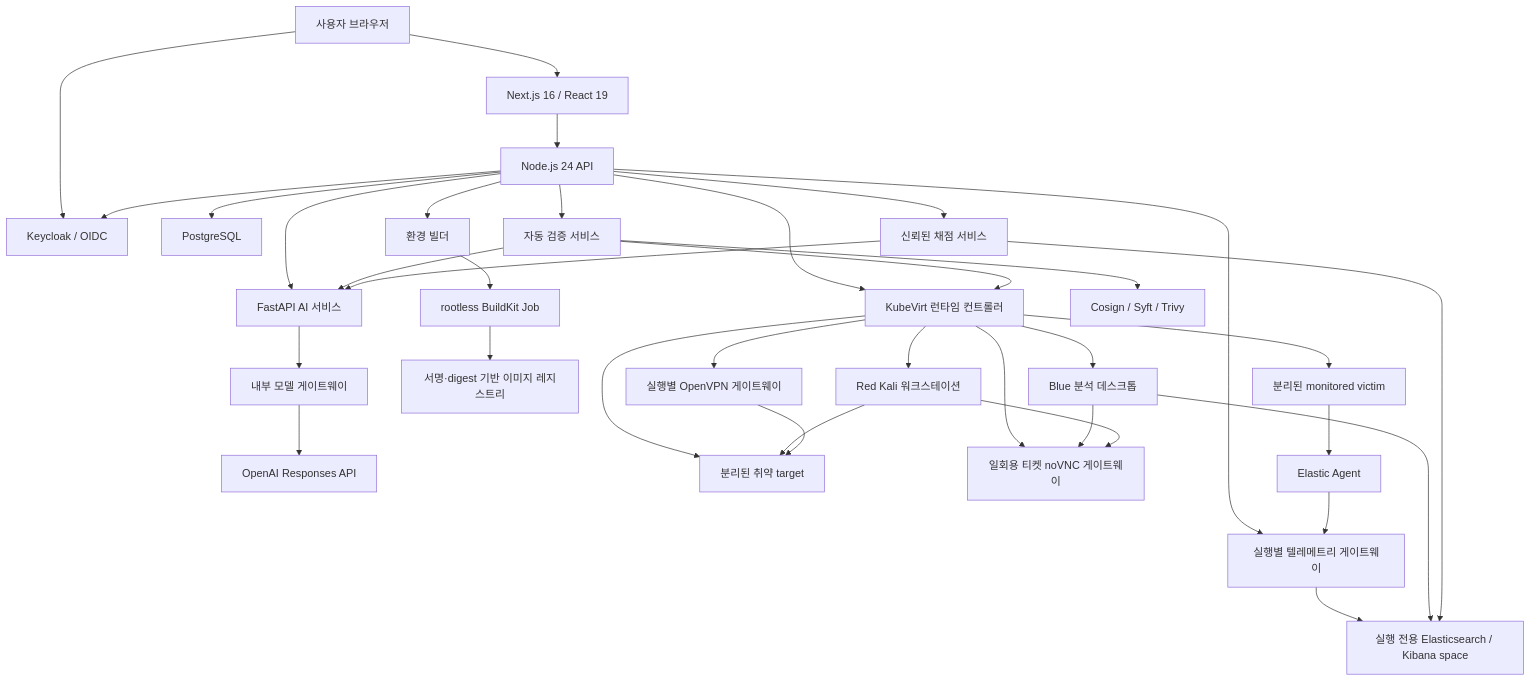
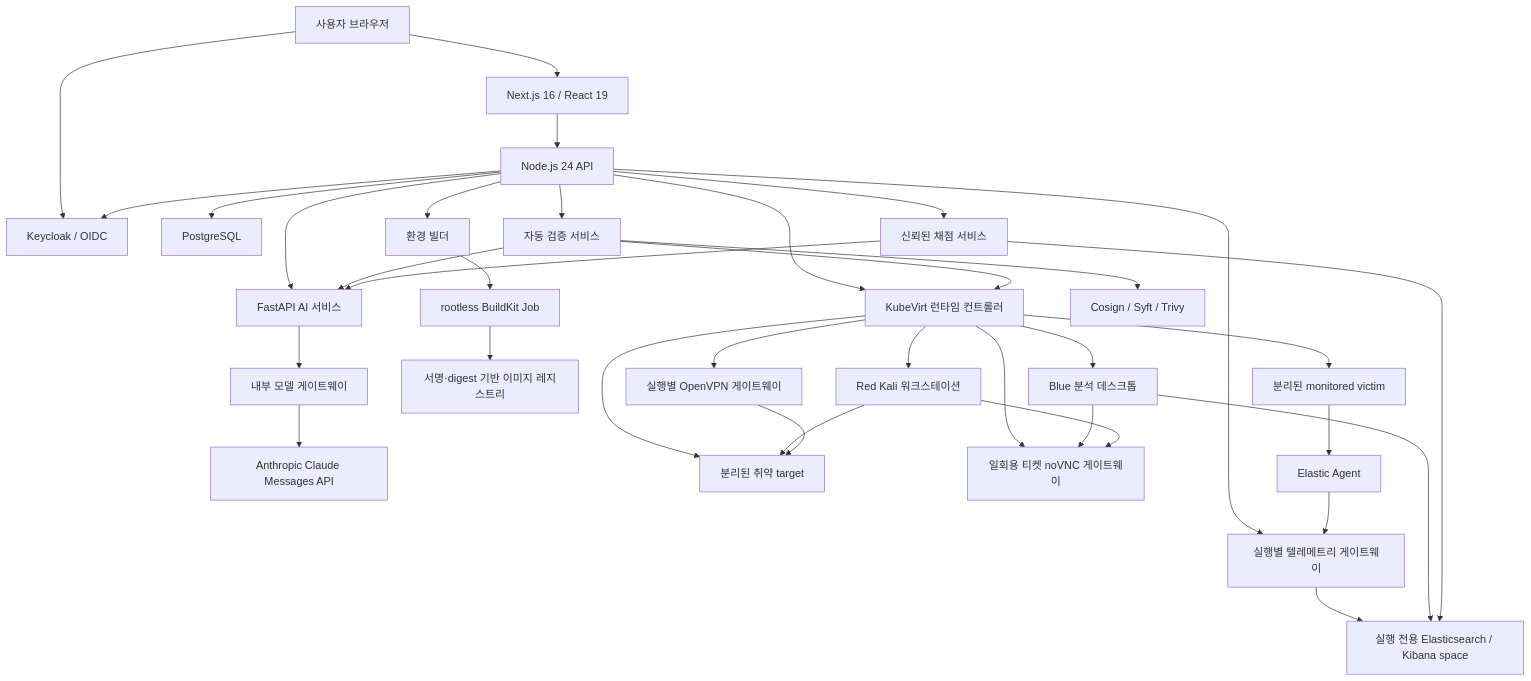
The first of 3 diagrams in docs/architecture.md (ijuns/zerotop), drawn with Mermaid before and after one commit. The commit also changed other lines of this file and 26 other files, not shown here.

Commit message:
Use Claude exclusively for model generation

````diff
--- a/docs/architecture.md
+++ b/docs/architecture.md
@@ -5,39 +5,39 @@
 ```mermaid
 flowchart TB
     Browser["사용자 브라우저"] --> Web["Next.js 16 / React 19"]
     Web --> API["Node.js 24 API"]
     Browser --> IdP["Keycloak / OIDC"]
     API --> IdP
     API --> DB["PostgreSQL"]
     API --> AI["FastAPI AI 서비스"]
     AI --> ModelGateway["내부 모델 게이트웨이"]
-    ModelGateway --> OpenAI["OpenAI Responses API"]
+    ModelGateway --> Claude["Anthropic Claude Messages API"]
     API --> Builder["환경 빌더"]
     API --> Validator["자동 검증 서비스"]
     API --> Runtime["KubeVirt 런타임 컨트롤러"]
     API --> Telemetry["실행별 텔레메트리 게이트웨이"]
     API --> Grader["신뢰된 채점 서비스"]
 
     Builder --> BuildKit["rootless BuildKit Job"]
     BuildKit --> Registry["서명·digest 기반 이미지 레지스트리"]
     Validator --> Supply["Cosign / Syft / Trivy"]
     Validator --> Runtime
     Validator --> AI
 
     Runtime --> BlueDesktop["Blue 분석 데스크톱"]
     Runtime --> Victim["분리된 monitored victim"]
     Runtime --> RedKali["Red Kali 워크스테이션"]
     Runtime --> Target["분리된 취약 target"]
     Runtime --> Desktop["일회용 티켓 noVNC 게이트웨이"]
     Runtime --> VPN["실행별 OpenVPN 게이트웨이"]
     BlueDesktop --> Desktop
     RedKali --> Desktop
     Victim --> Agent["Elastic Agent"]
     Agent --> Telemetry
     Telemetry --> ELK["실행 전용 Elasticsearch / Kibana space"]
     BlueDesktop --> ELK
     RedKali --> Target
     VPN --> Target
     Grader --> ELK
     Grader --> AI
 ```
````
